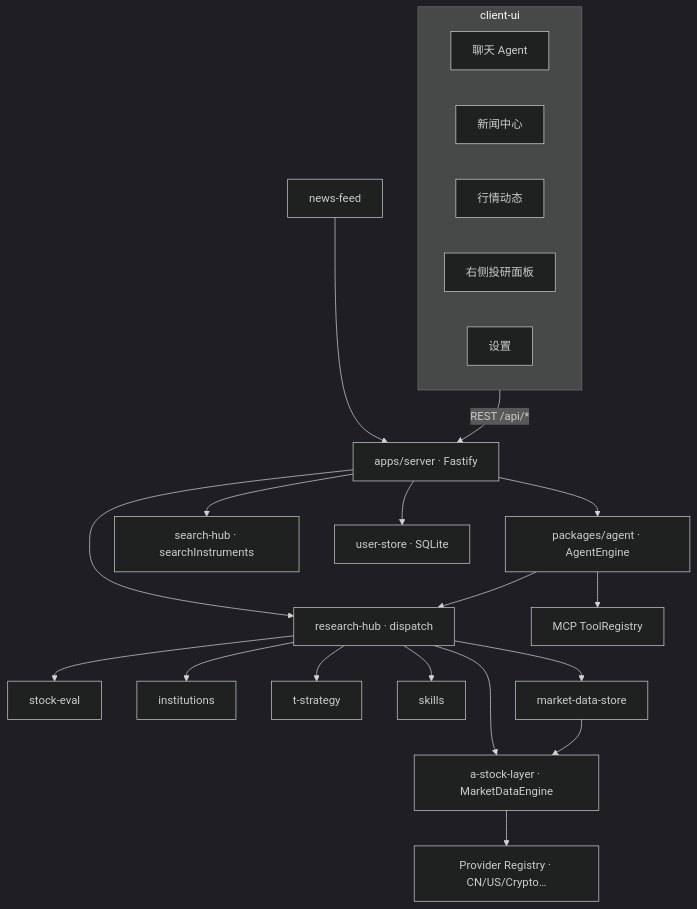
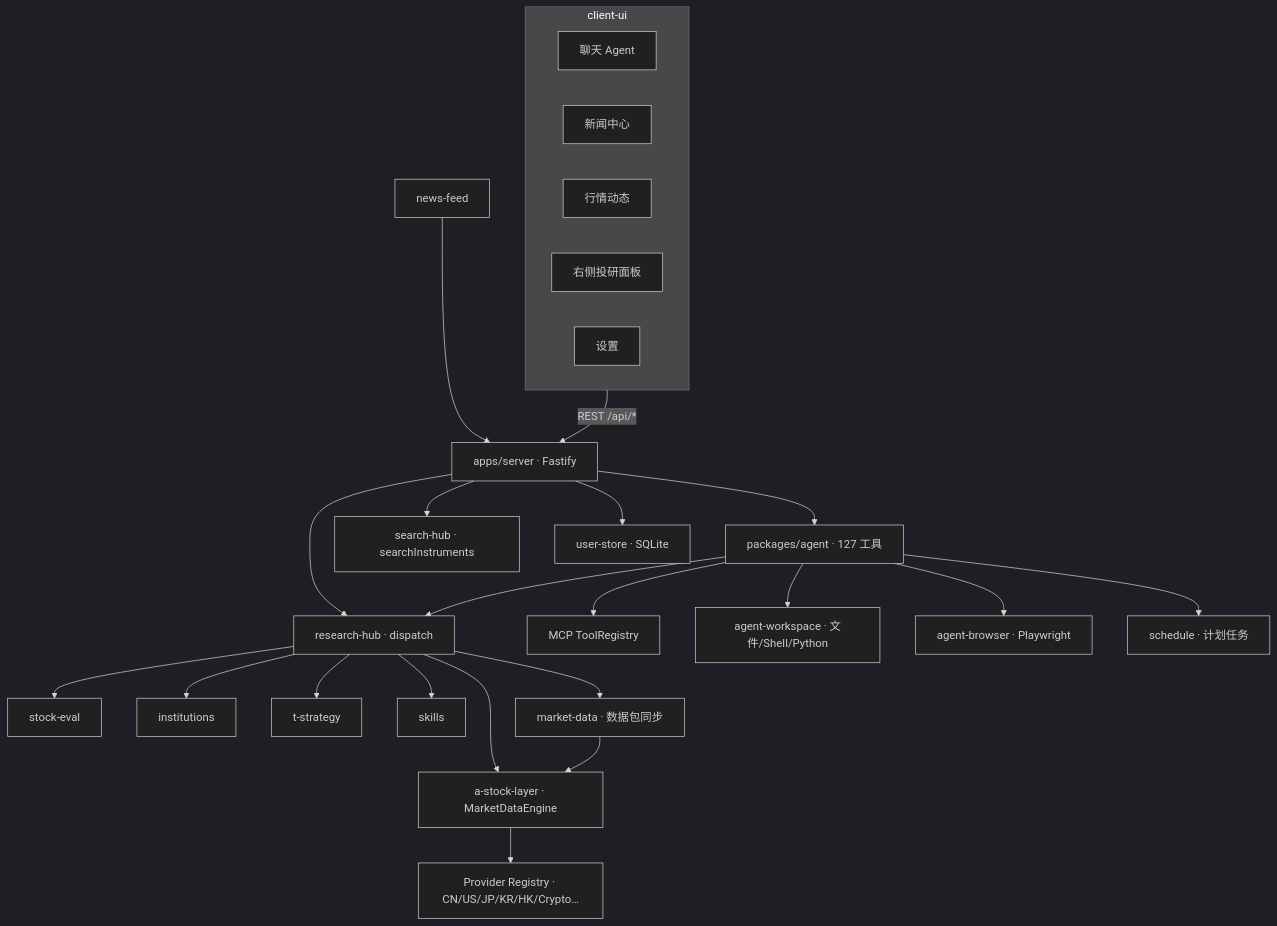
Before and after one commit to Travisun/Opptrix: the diagram in docs/ARCHITECTURE.md, drawn with Mermaid (dark theme). The commit also changed other lines of this file and 3 other files, not shown here.

````diff
--- a/docs/ARCHITECTURE.md
+++ b/docs/ARCHITECTURE.md
@@ -15,31 +15,34 @@
 ```mermaid
 flowchart TB
   subgraph UI["client-ui"]
     Chat[聊天 Agent]
     News[新闻中心]
     Market[行情动态]
     Panel[右侧投研面板]
     Settings[设置]
   end
 
   UI -->|REST /api/*| Server["apps/server · Fastify"]
 
-  Server --> Agent["packages/agent · AgentEngine"]
+  Server --> Agent["packages/agent · 127 工具"]
   Server --> Hub["research-hub · dispatch"]
   Server --> Search["search-hub · searchInstruments"]
   Server --> Store["user-store · SQLite"]
 
   Agent --> Hub
   Agent --> Tools[MCP ToolRegistry]
+  Agent --> Workspace["agent-workspace · 文件/Shell/Python"]
+  Agent --> Browser["agent-browser · Playwright"]
+  Agent --> Schedule["schedule · 计划任务"]
 
   Hub --> Engine["a-stock-layer · MarketDataEngine"]
   Hub --> Eval["stock-eval"]
   Hub --> Inst["institutions"]
   Hub --> Strat["t-strategy"]
   Hub --> Skills["skills"]
-  Hub --> MDStore["market-data-store"]
+  Hub --> MDStore["market-data · 数据包同步"]
 
-  Engine --> Providers["Provider Registry · CN/US/Crypto…"]
+  Engine --> Providers["Provider Registry · CN/US/JP/KR/HK/Crypto…"]
   MDStore --> Engine
   NewsPkg["news-feed"] --> Server
 ```
````
